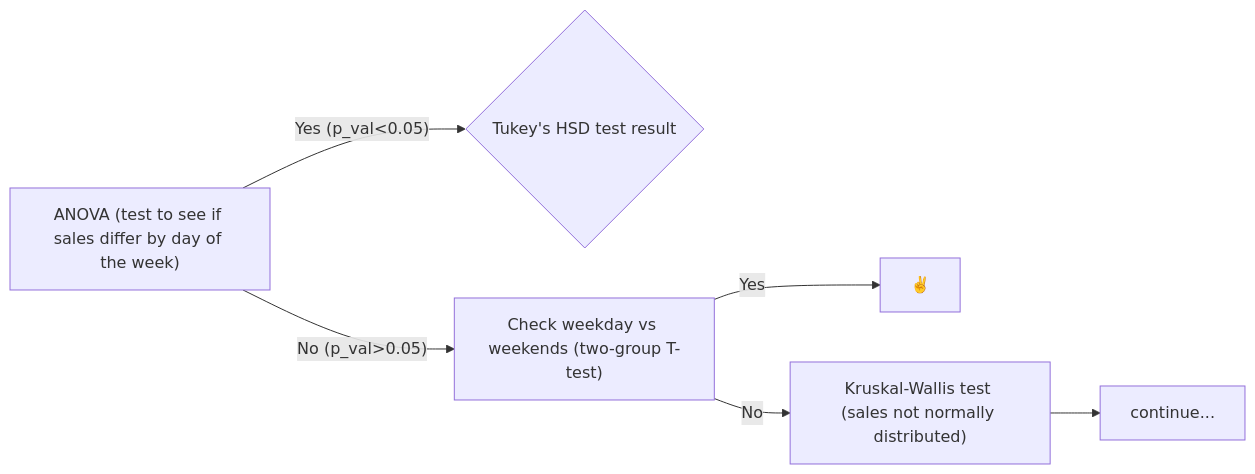
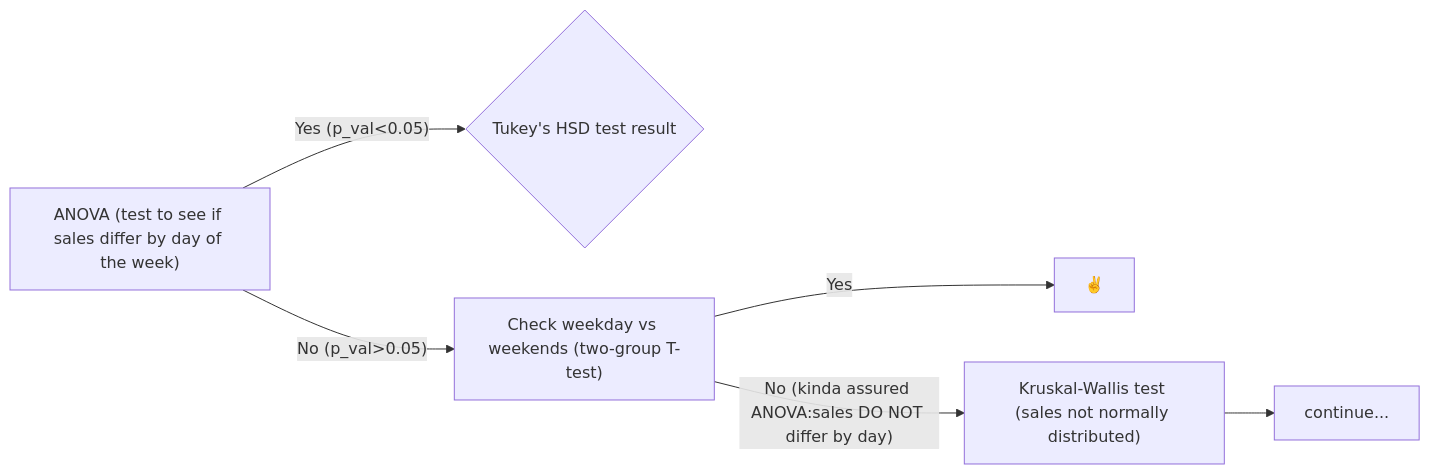
The diagram in 01 Supermarket Sales/README.md (kaka2721/my-analytic-diary), drawn with Mermaid before and after one commit.

````diff
--- a/01 Supermarket Sales/README.md
+++ b/01 Supermarket Sales/README.md
@@ -23,10 +23,10 @@
 ```mermaid
 
 flowchart LR
     A["ANOVA (test to see if sales differ by day of the week)"] -- "Yes (p_val<0.05)" --> B{"Tukey's HSD test result"}
     A -- "No (p_val>0.05)" --> C["Check weekday vs weekends (two-group T-test)"]
     C -- "Yes" --> D[ ✌️ ]
-    C -- "No" --> E["Kruskal-Wallis test (sales not normally distributed)"]
+    C -- "No (kinda assured ANOVA:sales DO NOT differ by day)" --> E["Kruskal-Wallis test (sales not normally distributed)"]
     E --> F[continue...]
     
 ```
````
